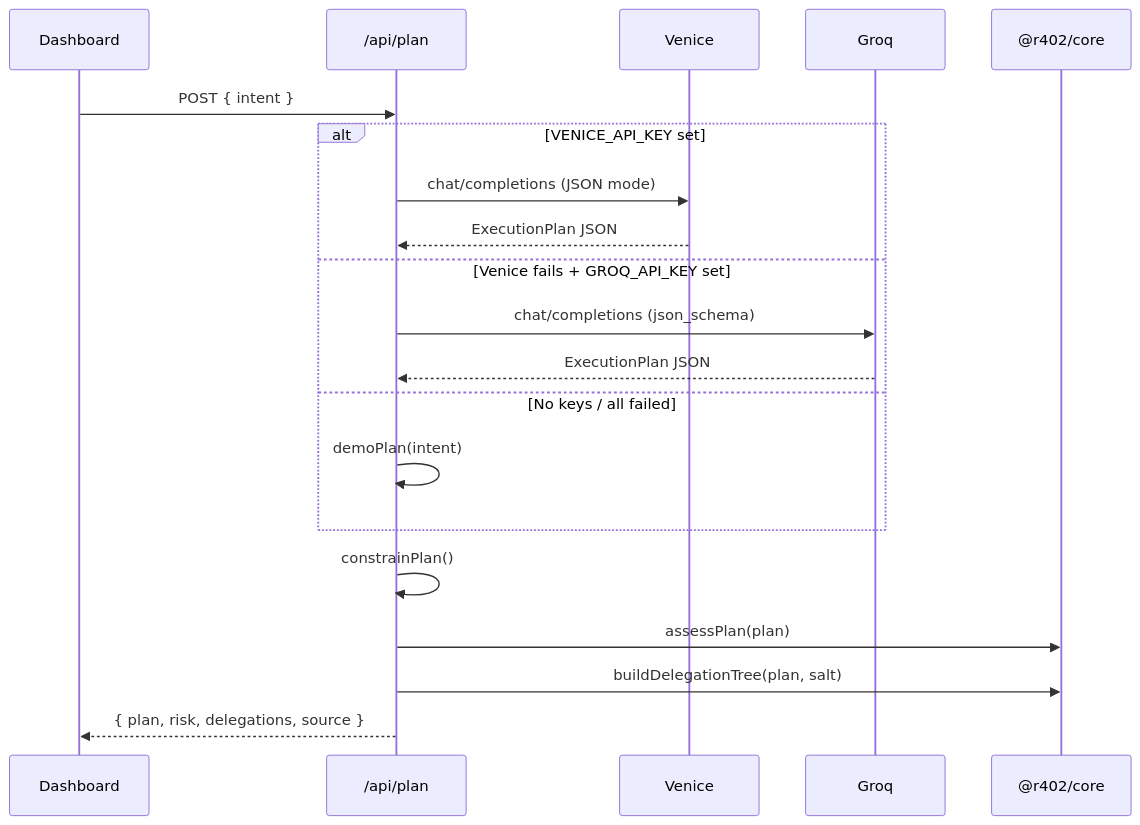
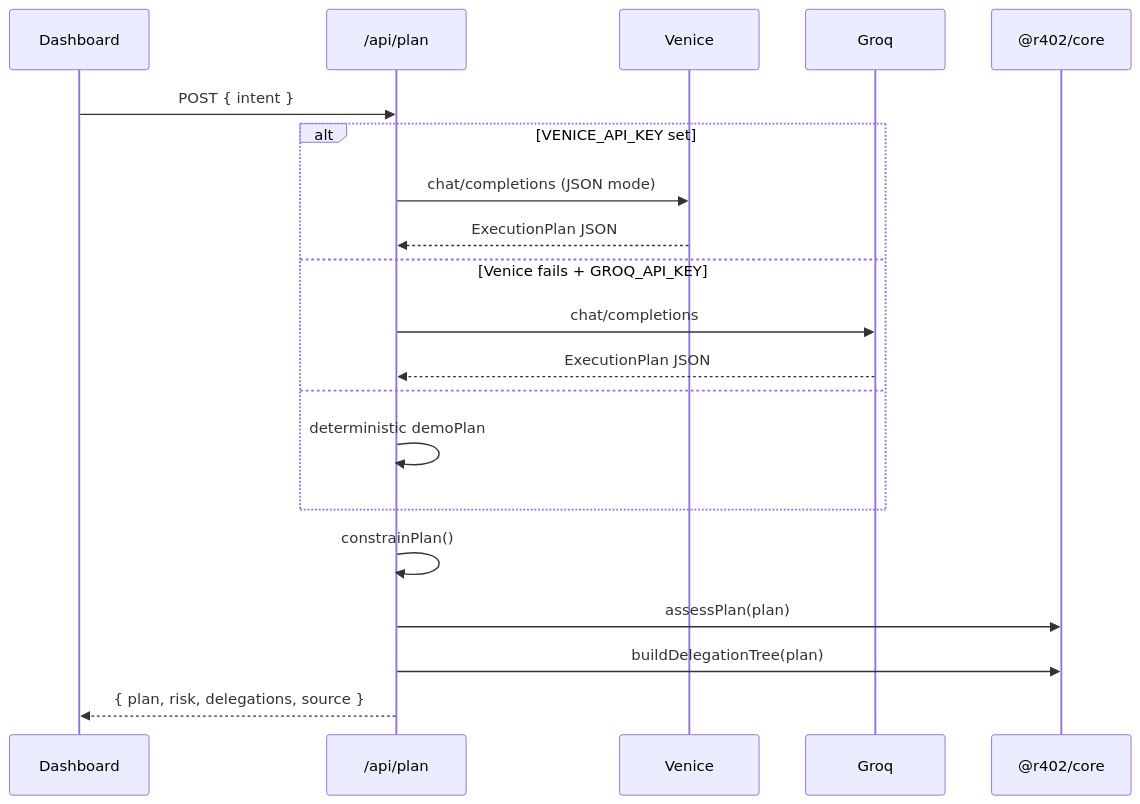
The second of 3 diagrams in docs/architecture.md (karagozemin/r402), drawn with Mermaid before and after one commit. The commit also changed other lines of this file and 6 other files, not shown here.

````diff
--- a/docs/architecture.md
+++ b/docs/architecture.md
@@ -341,23 +360,23 @@
 ```mermaid
 sequenceDiagram
   participant UI as Dashboard
   participant API as /api/plan
   participant V as Venice
   participant G as Groq
   participant C as @r402/core
 
   UI->>API: POST { intent }
   alt VENICE_API_KEY set
     API->>V: chat/completions (JSON mode)
     V-->>API: ExecutionPlan JSON
-  else Venice fails + GROQ_API_KEY set
-    API->>G: chat/completions (json_schema)
+  else Venice fails + GROQ_API_KEY
+    API->>G: chat/completions
     G-->>API: ExecutionPlan JSON
-  else No keys / all failed
-    API->>API: demoPlan(intent)
+  else
+    API->>API: deterministic demoPlan
   end
   API->>API: constrainPlan()
   API->>C: assessPlan(plan)
-  API->>C: buildDelegationTree(plan, salt)
+  API->>C: buildDelegationTree(plan)
   API-->>UI: { plan, risk, delegations, source }
 ```
````
